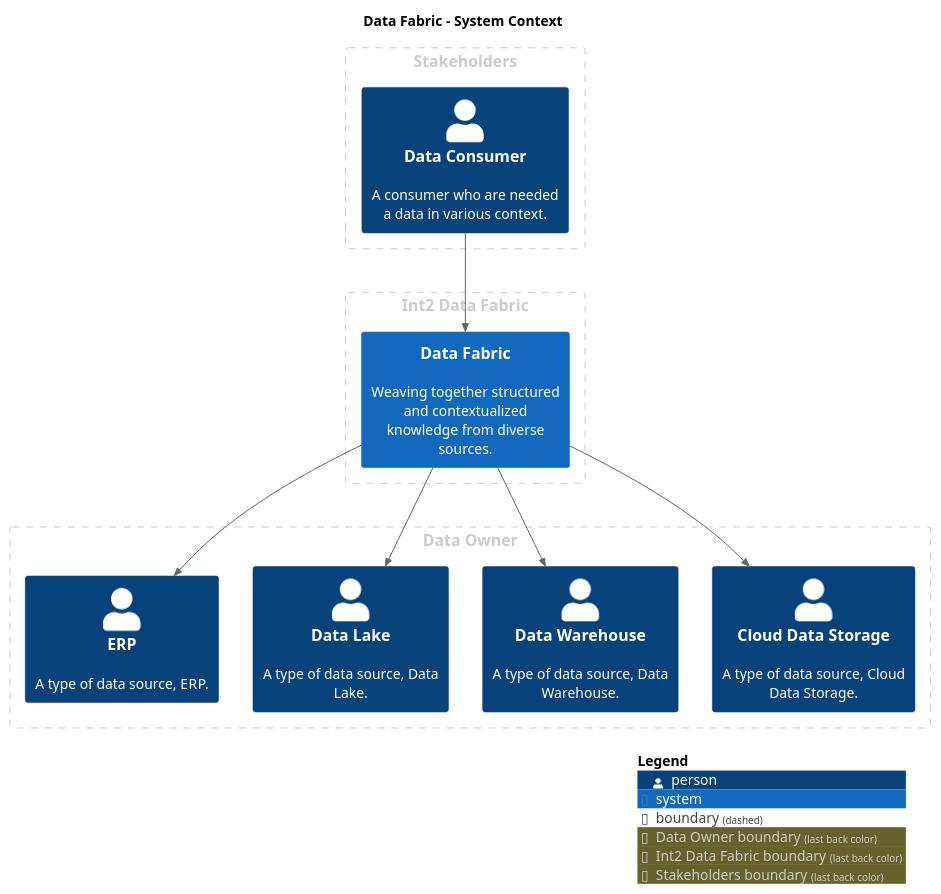
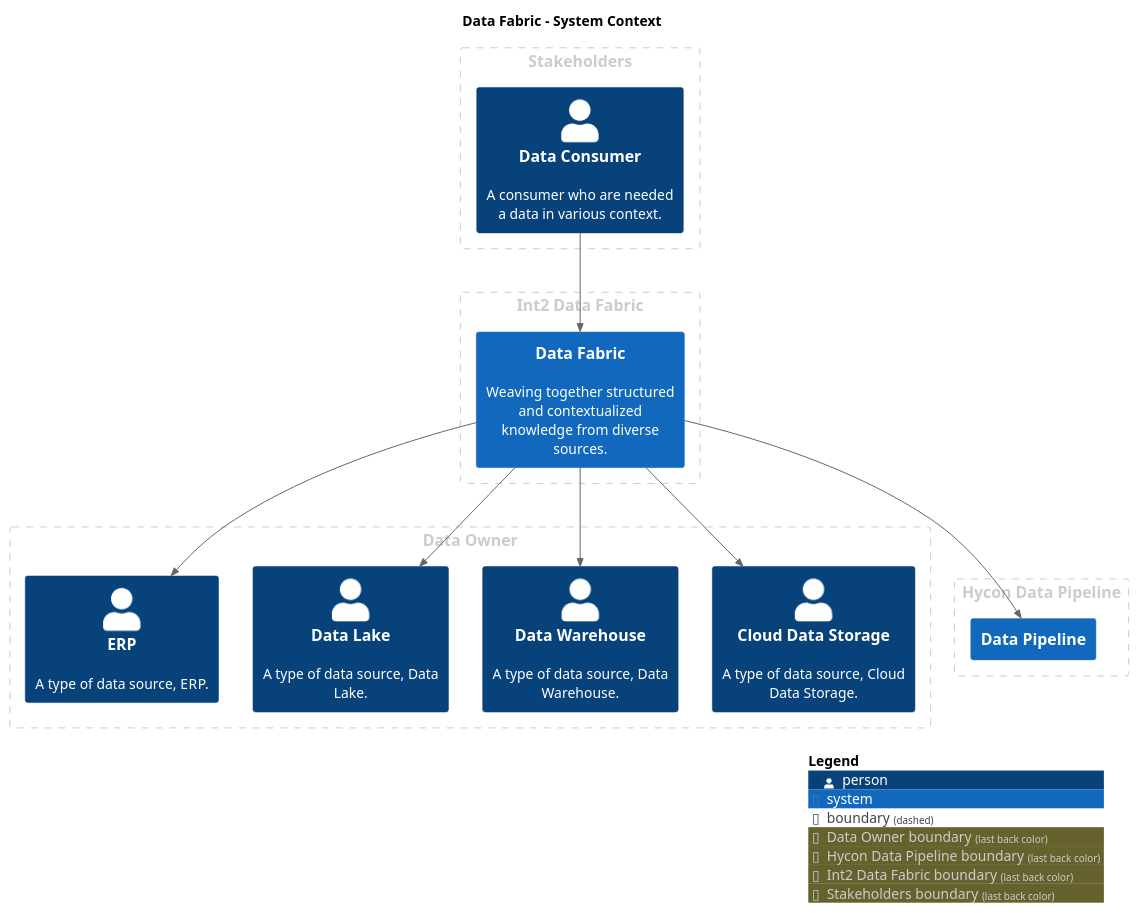
One commit to IntellectusCorp/data-fabric-docs changed the diagram in puml/SystemContext-SystemContext.puml. Above: the diagram before and after it, drawn with PlantUML. The commit also changed 79 other files, not shown here.

Commit message:
Deploying to gh-pages from @ IntellectusCorp/data-fabric-docs@6b20353541501908b53f441d7acd5391b726523c 🚀

```diff
--- a/puml/SystemContext-SystemContext.puml
+++ b/puml/SystemContext-SystemContext.puml
@@ -1,38 +1,44 @@
 @startuml
 set separator none
 title Data Fabric - System Context
 
 top to bottom direction
 
 !include <C4/C4>
 !include <C4/C4_Context>
 
 skinparam svgDimensionStyle false
 skinparam preserveAspectRatio meet
 AddBoundaryTag("Data Owner", $borderColor="#cccccc", $fontColor="#cccccc")
 Boundary(group_1, "Data Owner", $tags="Data Owner") {
   Person(ERP, "ERP", $descr="A type of data source, ERP.", $tags="", $link="")
   Person(DataLake, "Data Lake", $descr="A type of data source, Data Lake.", $tags="", $link="")
   Person(DataWarehouse, "Data Warehouse", $descr="A type of data source, Data Warehouse.", $tags="", $link="")
   Person(CloudDataStorage, "Cloud Data Storage", $descr="A type of data source, Cloud Data Storage.", $tags="", $link="")
 }
 
+AddBoundaryTag("Hycon Data Pipeline", $borderColor="#cccccc", $fontColor="#cccccc")
+Boundary(group_2, "Hycon Data Pipeline", $tags="Hycon Data Pipeline") {
+  System(DataPipeline, "Data Pipeline", $descr="", $tags="", $link="../../data-pipeline/context/")
+}
+
 AddBoundaryTag("Int2 Data Fabric", $borderColor="#cccccc", $fontColor="#cccccc")
-Boundary(group_2, "Int2 Data Fabric", $tags="Int2 Data Fabric") {
+Boundary(group_3, "Int2 Data Fabric", $tags="Int2 Data Fabric") {
   System(DataFabric, "Data Fabric", $descr="Weaving together structured and contextualized knowledge from diverse sources.", $tags="", $link="../container/")
 }
 
 AddBoundaryTag("Stakeholders", $borderColor="#cccccc", $fontColor="#cccccc")
-Boundary(group_3, "Stakeholders", $tags="Stakeholders") {
+Boundary(group_4, "Stakeholders", $tags="Stakeholders") {
   Person(DataConsumer, "Data Consumer", $descr="A consumer who are needed a data in various context.", $tags="", $link="")
 }
 
 
+Rel_D(DataFabric, DataPipeline, "", $techn="", $tags="", $link="")
 Rel_D(DataConsumer, DataFabric, "", $techn="", $tags="", $link="")
 Rel_D(DataFabric, ERP, "", $techn="", $tags="", $link="")
 Rel_D(DataFabric, DataLake, "", $techn="", $tags="", $link="")
 Rel_D(DataFabric, DataWarehouse, "", $techn="", $tags="", $link="")
 Rel_D(DataFabric, CloudDataStorage, "", $techn="", $tags="", $link="")
 
 SHOW_LEGEND(true)
 @enduml
```
